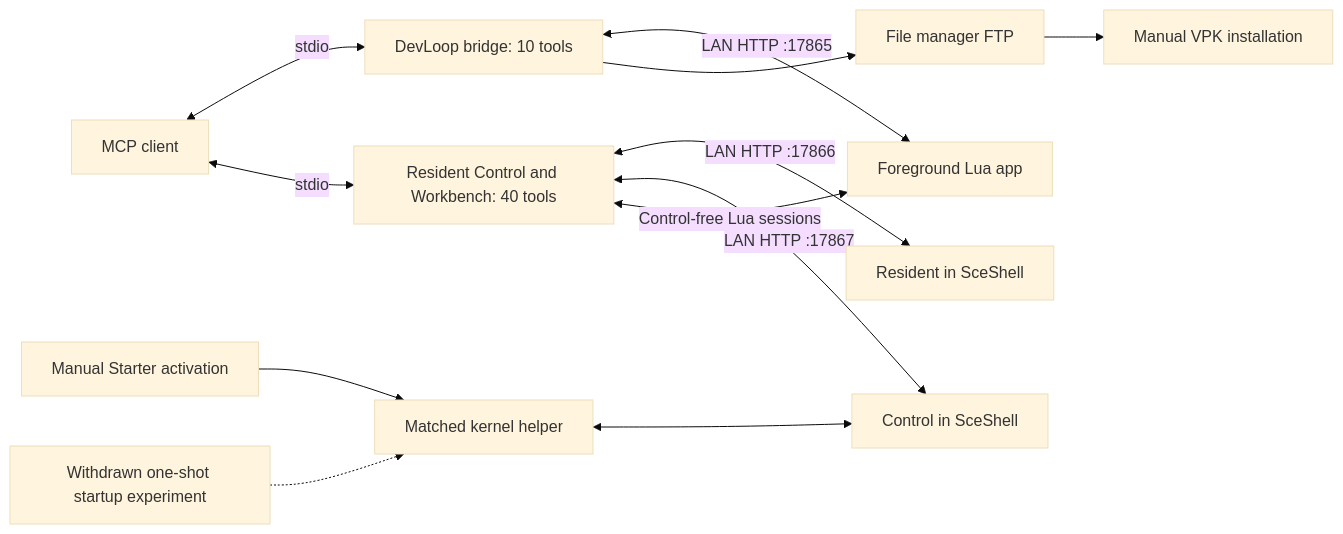
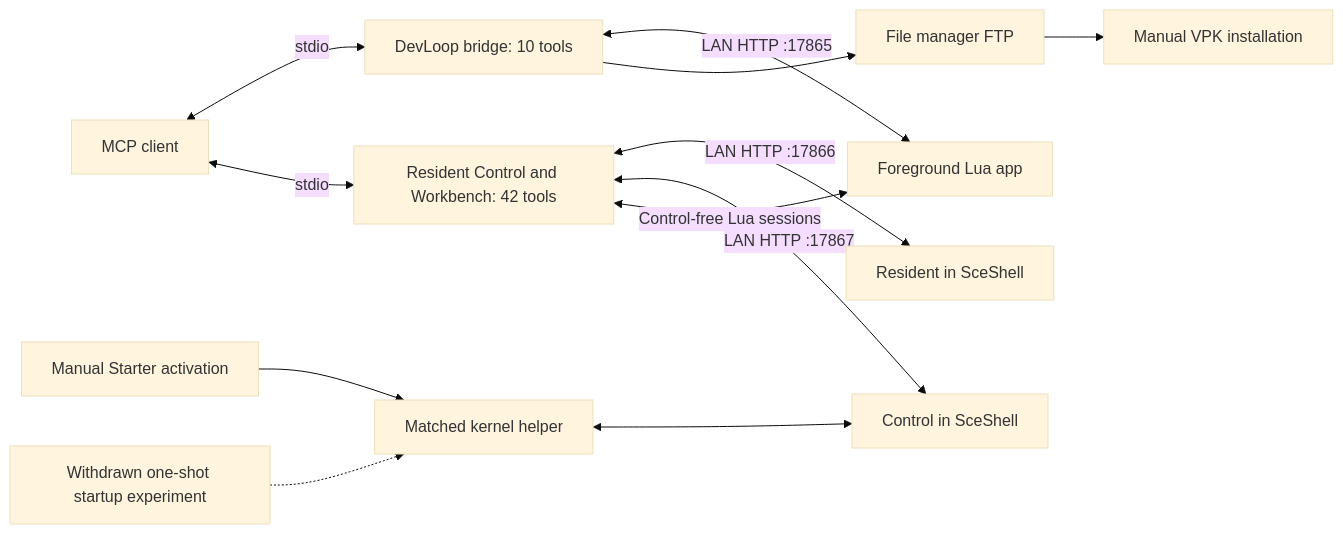
The diagram in README.md (LeiterConsulting/ps-vita-mcp), drawn with Mermaid (base theme) before and after one commit. The commit also changed other lines of this file and 39 other files, not shown here.

````diff
--- a/README.md
+++ b/README.md
@@ -162,14 +168,14 @@
 ```mermaid
 flowchart LR
     Client[MCP client] <-->|stdio| DevBridge[DevLoop bridge: 10 tools]
-    Client <-->|stdio| Background[Resident Control and Workbench: 40 tools]
+    Client <-->|stdio| Background[Resident Control and Workbench: 42 tools]
     DevBridge <-->|LAN HTTP :17865| DevLoop[Foreground Lua app]
     Background <-->|LAN HTTP :17866| Resident[Resident in SceShell]
     Background <-->|LAN HTTP :17867| Control[Control in SceShell]
     Background <-->|Control-free Lua sessions| DevLoop
     Starter[Manual Starter activation] --> Kernel[Matched kernel helper]
     Auto[Withdrawn one-shot startup experiment] -.-> Kernel
     Kernel <--> Control
     DevBridge --> FTP[File manager FTP]
     FTP --> Install[Manual VPK installation]
 ```
````
